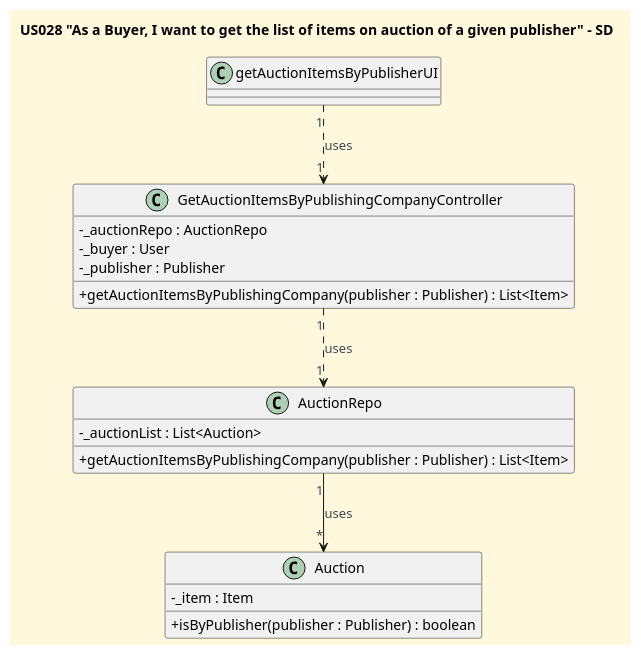
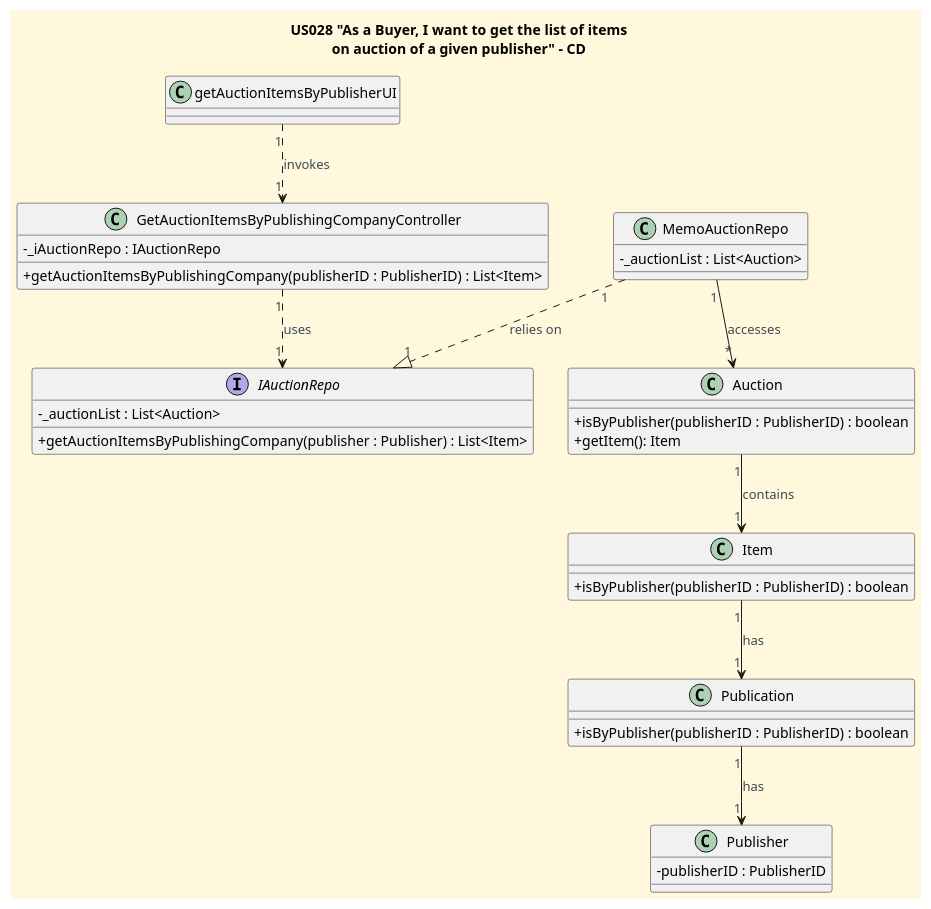
The diagram in docs/userStories/US028/US028_get_list_of_items_on_auction_of_given_publisher_CD.puml (CarolinaLeite-collab/JavaMarketplacePlatform), drawn with PlantUML before and after one commit. The commit also changed 1 other file, not shown here.

Commit message:
Updated the CD and SD diagrams of US028, according to DDD refactoring, #389

```diff
--- a/docs/userStories/US028/US028_get_list_of_items_on_auction_of_given_publisher_CD.puml
+++ b/docs/userStories/US028/US028_get_list_of_items_on_auction_of_given_publisher_CD.puml
@@ -1,43 +1,62 @@
 @startuml
 'https://plantuml.com/class-diagram
 
-title US028 "As a Buyer, I want to get the list of items on auction of a given publisher" - SD
-
+title US028 "As a Buyer, I want to get the list of items\non auction of a given publisher" - CD
 
 '==== basic style ====
 skinparam monochrome false
 skinparam shadowing false
 skinparam defaultFontName Futura
 skinparam objectFontSize 20
 skinparam backgroundColor CornSilk
 skinparam objectBackgroundColor WhiteSmoke
 skinparam noteBackgroundColor #FFFFE0
 skinparam ArrowFontColor #3B4953
 skinparam ActivationBackgroundColor black
 skinparam classAttributeIconSize 0
 
 class getAuctionItemsByPublisherUI{}
 
 class GetAuctionItemsByPublishingCompanyController {
--_auctionRepo : AuctionRepo
--_buyer : User
--_publisher : Publisher
-+getAuctionItemsByPublishingCompany(publisher : Publisher) : List<Item>
+-_iAuctionRepo : IAuctionRepo
++getAuctionItemsByPublishingCompany(publisherID : PublisherID) : List<Item>
 }
 
-class AuctionRepo {
+Interface IAuctionRepo {
 -_auctionList : List<Auction>
 +getAuctionItemsByPublishingCompany(publisher : Publisher) : List<Item>
 }
 
-class Auction {
--_item : Item
-+isByPublisher(publisher : Publisher) : boolean
+class MemoAuctionRepo {
+-_auctionList : List<Auction>
 }
 
-getAuctionItemsByPublisherUI "1"..>"1" GetAuctionItemsByPublishingCompanyController:uses
-GetAuctionItemsByPublishingCompanyController "1"..> "1"AuctionRepo : uses
-AuctionRepo "1" --> "*"Auction: uses
+class Auction {
++ isByPublisher(publisherID : PublisherID) : boolean
++ getItem(): Item
+}
+
+class Item {
++ isByPublisher(publisherID : PublisherID) : boolean
+}
+
+class Publication {
++ isByPublisher(publisherID : PublisherID) : boolean
+}
+
+class Publisher {
+- publisherID : PublisherID
+}
+
+'--- Interactions ---'
+
+getAuctionItemsByPublisherUI "1"..>"1" GetAuctionItemsByPublishingCompanyController: invokes
+GetAuctionItemsByPublishingCompanyController "1"..> "1" IAuctionRepo : uses
+MemoAuctionRepo "1" ..|> "1" IAuctionRepo: relies on
+MemoAuctionRepo "1" --> "*" Auction : accesses
+Auction "1" --> "1" Item : contains
+Item "1" --> "1" Publication : has
+Publication "1" --> "1" Publisher : has
 
 
 @enduml
```
